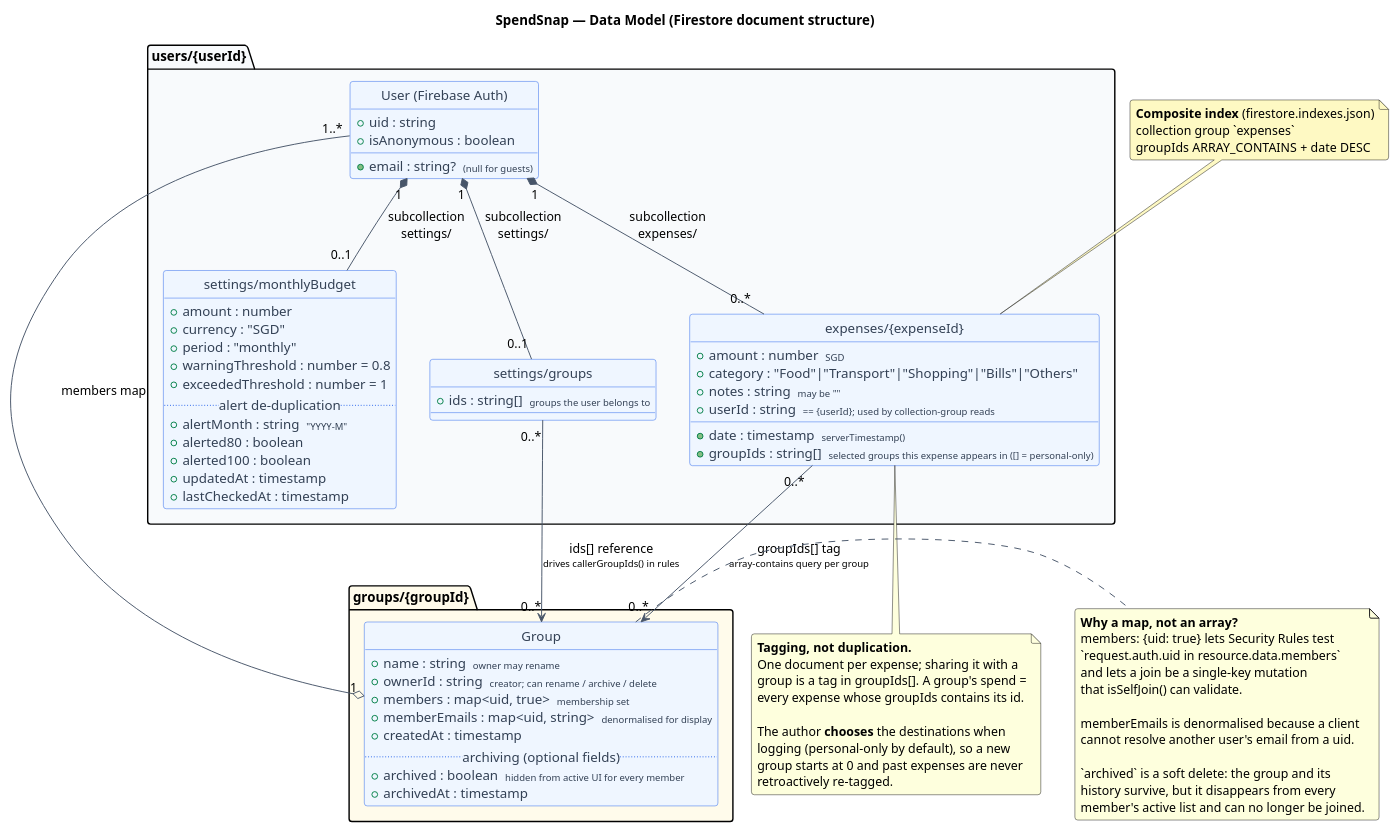
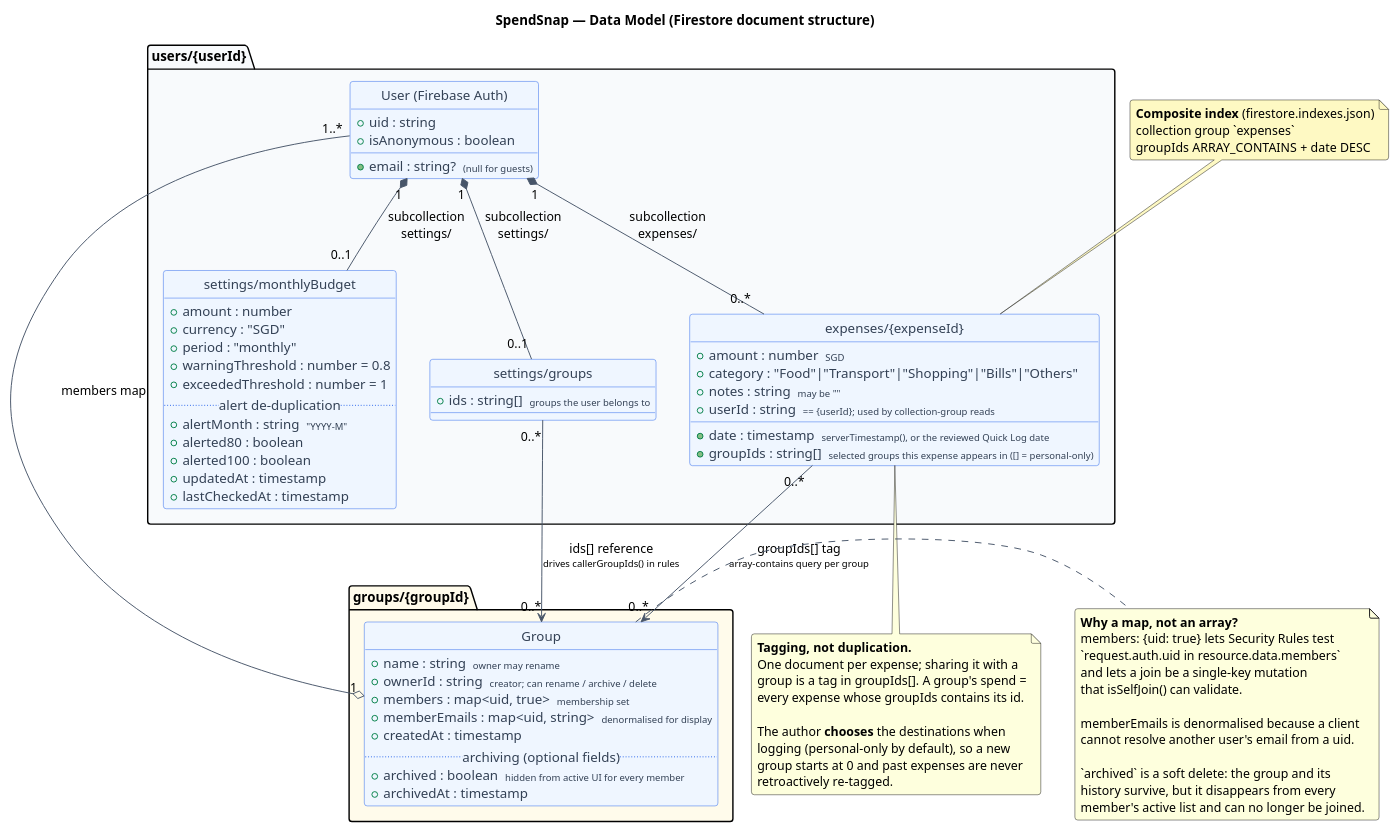
Before and after one commit to GeraldFSE/SpendSnap: the diagram in docs/diagrams/03-data-model.puml, drawn with PlantUML. The commit also changed 18 other files, not shown here.

Commit message:
edited diagrams for feature/ai-quick-log

```diff
--- a/docs/diagrams/03-data-model.puml
+++ b/docs/diagrams/03-data-model.puml
@@ -1,110 +1,110 @@
 @startuml 03-data-model
 ' SpendSnap — Firestore document model expressed as a class diagram.
 ' Firestore is schemaless; this is the shape the application consistently writes.
 
 title SpendSnap — Data Model (Firestore document structure)
 
 skinparam backgroundColor #FFFFFF
 skinparam shadowing false
 skinparam roundcorner 6
 skinparam ArrowColor #475569
 skinparam class {
   BackgroundColor #EFF6FF
   BorderColor #2563EB
   FontColor #0F172A
   AttributeFontColor #334155
 }
 hide circle
 
 package "users/{userId}" as USERS #F8FAFC {
 
   class "User (Firebase Auth)" as User {
     +uid : string
     +email : string?  <size:10>(null for guests)</size>
     +isAnonymous : boolean
   }
 
   class "expenses/{expenseId}" as Expense {
     +amount : number  <size:10>SGD</size>
     +category : "Food"|"Transport"|"Shopping"|"Bills"|"Others"
     +notes : string  <size:10>may be ""</size>
-    +date : timestamp  <size:10>serverTimestamp()</size>
+    +date : timestamp  <size:10>serverTimestamp(), or the reviewed Quick Log date</size>
     +userId : string  <size:10>== {userId}; used by collection-group reads</size>
     +groupIds : string[]  <size:10>selected groups this expense appears in ([] = personal-only)</size>
   }
 
   class "settings/monthlyBudget" as Budget {
     +amount : number
     +currency : "SGD"
     +period : "monthly"
     +warningThreshold : number = 0.8
     +exceededThreshold : number = 1
     ..alert de-duplication..
     +alertMonth : string  <size:10>"YYYY-M"</size>
     +alerted80 : boolean
     +alerted100 : boolean
     +updatedAt : timestamp
     +lastCheckedAt : timestamp
   }
 
   class "settings/groups" as UserGroups {
     +ids : string[]  <size:10>groups the user belongs to</size>
   }
 }
 
 package "groups/{groupId}" as GROUPS #FFFBEB {
   class "Group" as Group {
     +name : string  <size:10>owner may rename</size>
     +ownerId : string  <size:10>creator; can rename / archive / delete</size>
     +members : map<uid, true>  <size:10>membership set</size>
     +memberEmails : map<uid, string>  <size:10>denormalised for display</size>
     +createdAt : timestamp
     ..archiving (optional fields)..
     +archived : boolean  <size:10>hidden from active UI for every member</size>
     +archivedAt : timestamp
   }
 }
 
 User "1" *-- "0..*" Expense : subcollection\nexpenses/
 User "1" *-- "0..1" Budget : subcollection\nsettings/
 User "1" *-- "0..1" UserGroups : subcollection\nsettings/
 
 UserGroups "0..*" --> "0..*" Group : ids[] reference\n<size:10>drives callerGroupIds() in rules</size>
 Expense "0..*" --> "0..*" Group : groupIds[] tag\n<size:10>array-contains query per group</size>
 Group "1" o-- "1..*" User : members map
 
 note bottom of Expense
   **Tagging, not duplication.**
   One document per expense; sharing it with a
   group is a tag in groupIds[]. A group's spend =
   every expense whose groupIds contains its id.
 
   The author **chooses** the destinations when
   logging (personal-only by default), so a new
   group starts at 0 and past expenses are never
   retroactively re-tagged.
 end note
 
 note right of Group
   **Why a map, not an array?**
   members: {uid: true} lets Security Rules test
   `request.auth.uid in resource.data.members`
   and lets a join be a single-key mutation
   that isSelfJoin() can validate.
 
   memberEmails is denormalised because a client
   cannot resolve another user's email from a uid.
 
   `archived` is a soft delete: the group and its
   history survive, but it disappears from every
   member's active list and can no longer be joined.
 end note
 
 note as IDX #FEF9C3
   **Composite index** (firestore.indexes.json)
   collection group `expenses`
   groupIds ARRAY_CONTAINS + date DESC
 end note
 IDX .. Expense
 
 @enduml
```
